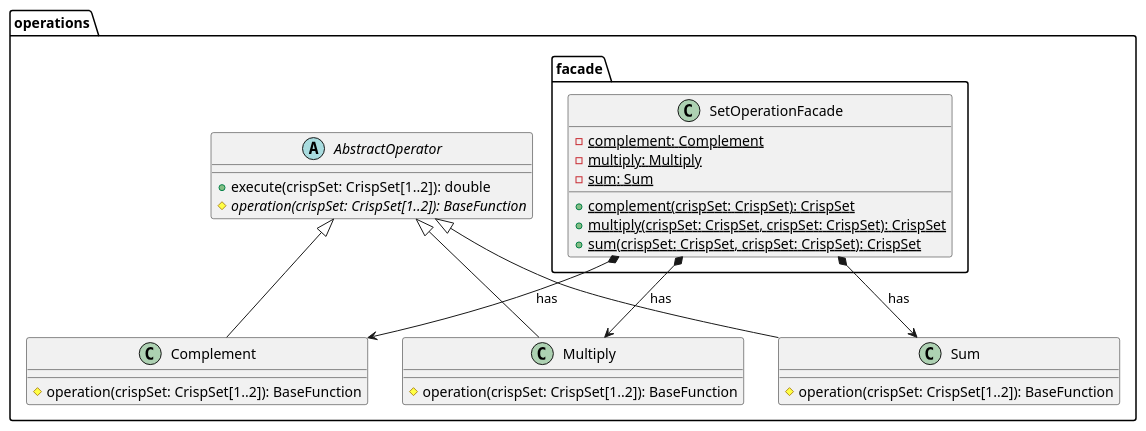
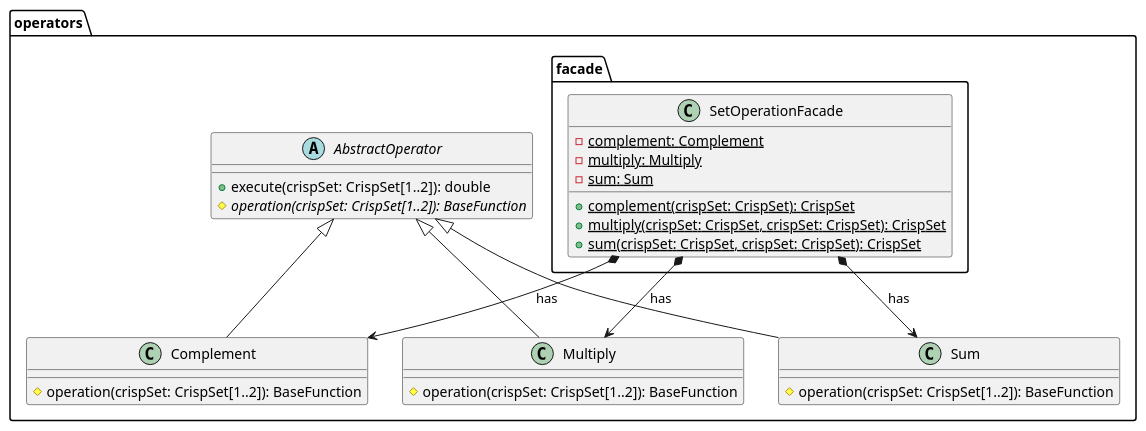
Before and after one commit to kambed/Computer-Recognition-Systems: the fifth of 9 diagrams in task2/README.md, drawn with PlantUML.

Commit message:
operations -> operators

````diff
--- a/task2/README.md
+++ b/task2/README.md
@@ -168,30 +168,30 @@
 ```plantuml
-package operations {
+package operators {
     package facade {
         class SetOperationFacade {
             - {static} complement: Complement
             - {static} multiply: Multiply
             - {static} sum: Sum
             + {static} complement(crispSet: CrispSet): CrispSet
             + {static} multiply(crispSet: CrispSet, crispSet: CrispSet): CrispSet
             + {static} sum(crispSet: CrispSet, crispSet: CrispSet): CrispSet
         }
     }
     abstract class AbstractOperator {
         + execute(crispSet: CrispSet[1..2]): double
         # {abstract} operation(crispSet: CrispSet[1..2]): BaseFunction
     }
     class Complement extends AbstractOperator {
         # operation(crispSet: CrispSet[1..2]): BaseFunction
     }
     class Multiply extends AbstractOperator {
         # operation(crispSet: CrispSet[1..2]): BaseFunction
     }
     class Sum extends AbstractOperator {
         # operation(crispSet: CrispSet[1..2]): BaseFunction
     }
     SetOperationFacade *--> Complement: has
     SetOperationFacade *--> Multiply: has
     SetOperationFacade *--> Sum: has
 }
 ```
````
